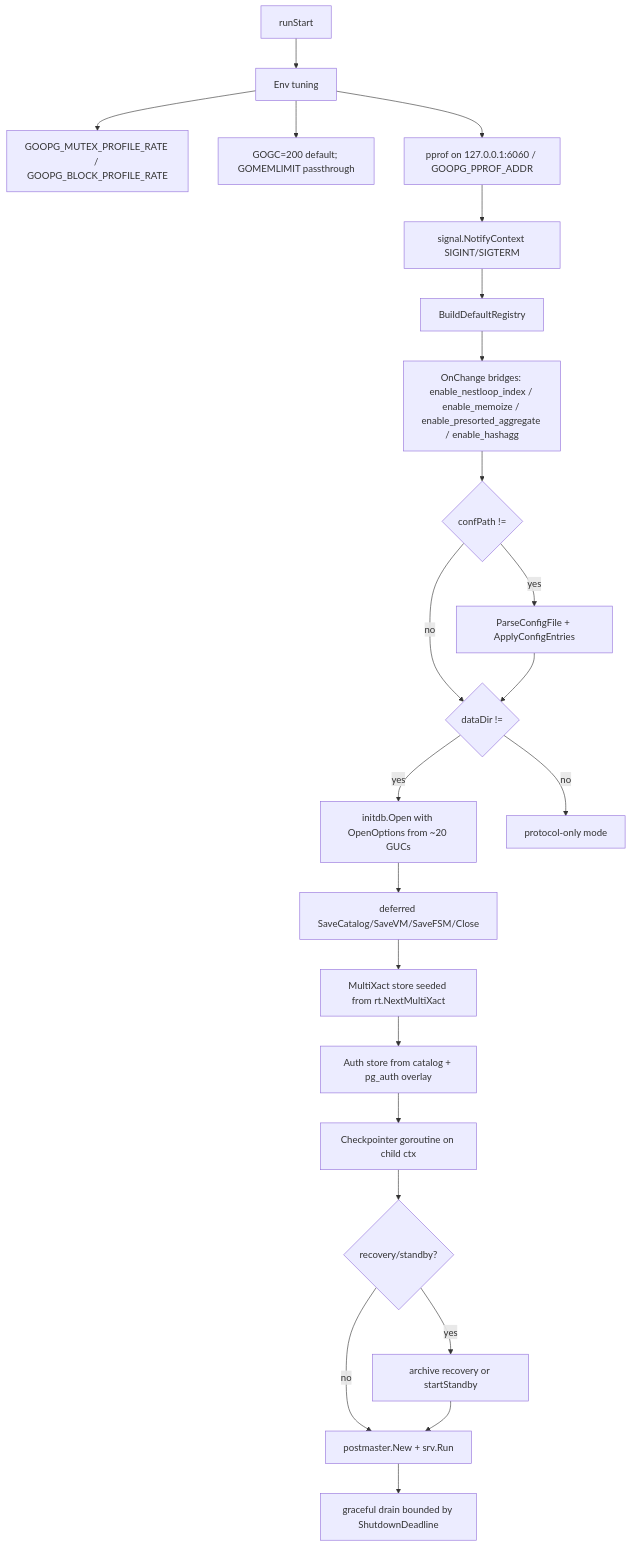
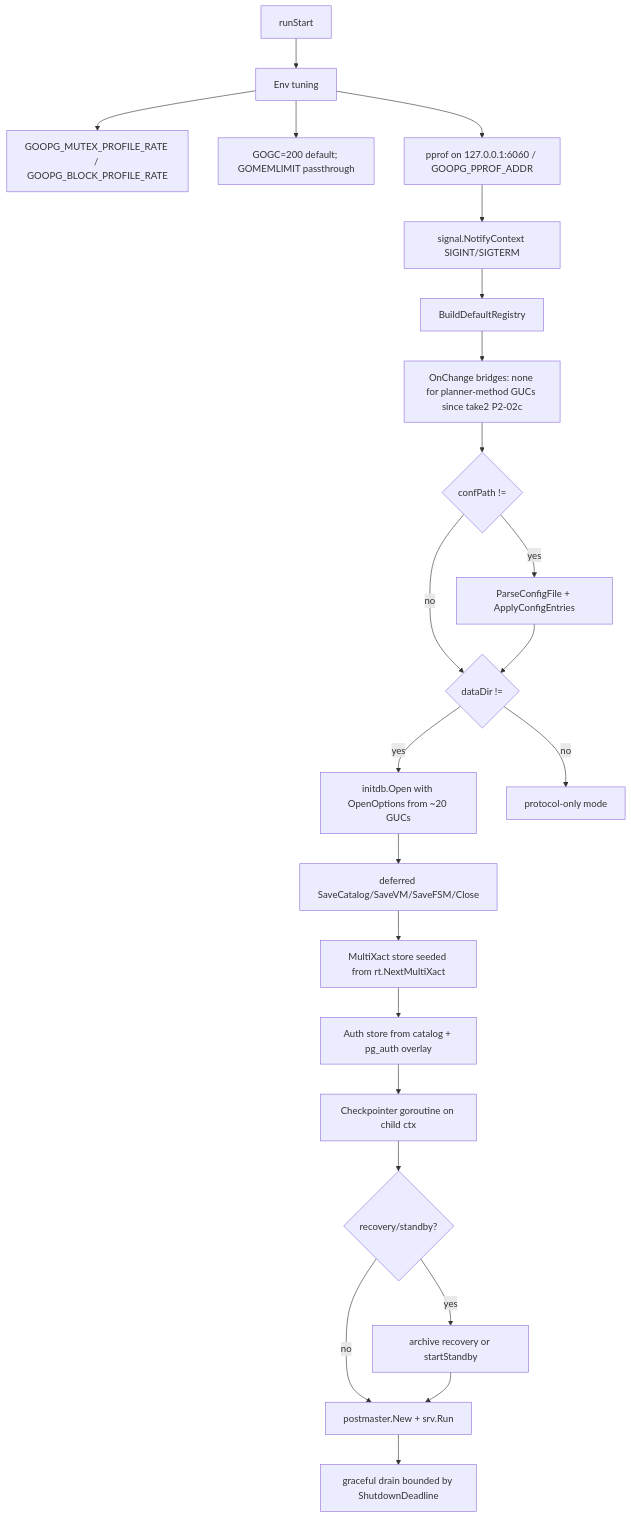
The first of 4 diagrams in docs/wiki/modules/cmd-goopg.md (ryogrid/goopg), drawn with Mermaid before and after one commit. The commit also changed 56 other files, not shown here.

````diff
--- a/docs/wiki/modules/cmd-goopg.md
+++ b/docs/wiki/modules/cmd-goopg.md
@@ -131,25 +131,25 @@
 ```mermaid
 flowchart TD
     A[runStart] --> B[Env tuning]
     B --> B1[GOOPG_MUTEX_PROFILE_RATE / GOOPG_BLOCK_PROFILE_RATE]
     B --> B3["GOGC=200 default; GOMEMLIMIT passthrough"]
     B --> C[pprof on 127.0.0.1:6060 / GOOPG_PPROF_ADDR]
     C --> D[signal.NotifyContext SIGINT/SIGTERM]
     D --> E[BuildDefaultRegistry]
-    E --> F[OnChange bridges: enable_nestloop_index / enable_memoize / enable_presorted_aggregate / enable_hashagg]
+    E --> F[OnChange bridges: none for planner-method GUCs since take2 P2-02c]
     F --> G{"confPath != """}
     G -- yes --> H[ParseConfigFile + ApplyConfigEntries]
     G -- no --> I
     H --> I{"dataDir != """}
     I -- yes --> J[initdb.Open with OpenOptions from ~20 GUCs]
     I -- no --> K[protocol-only mode]
     J --> L[deferred SaveCatalog/SaveVM/SaveFSM/Close]
     L --> M[MultiXact store seeded from rt.NextMultiXact]
     M --> N[Auth store from catalog + pg_auth overlay]
     N --> O[Checkpointer goroutine on child ctx]
     O --> P{"recovery/standby?"}
     P -- yes --> Q[archive recovery or startStandby]
     P -- no --> R
     Q --> R[postmaster.New + srv.Run]
     R --> S[graceful drain bounded by ShutdownDeadline]
 ```
````
